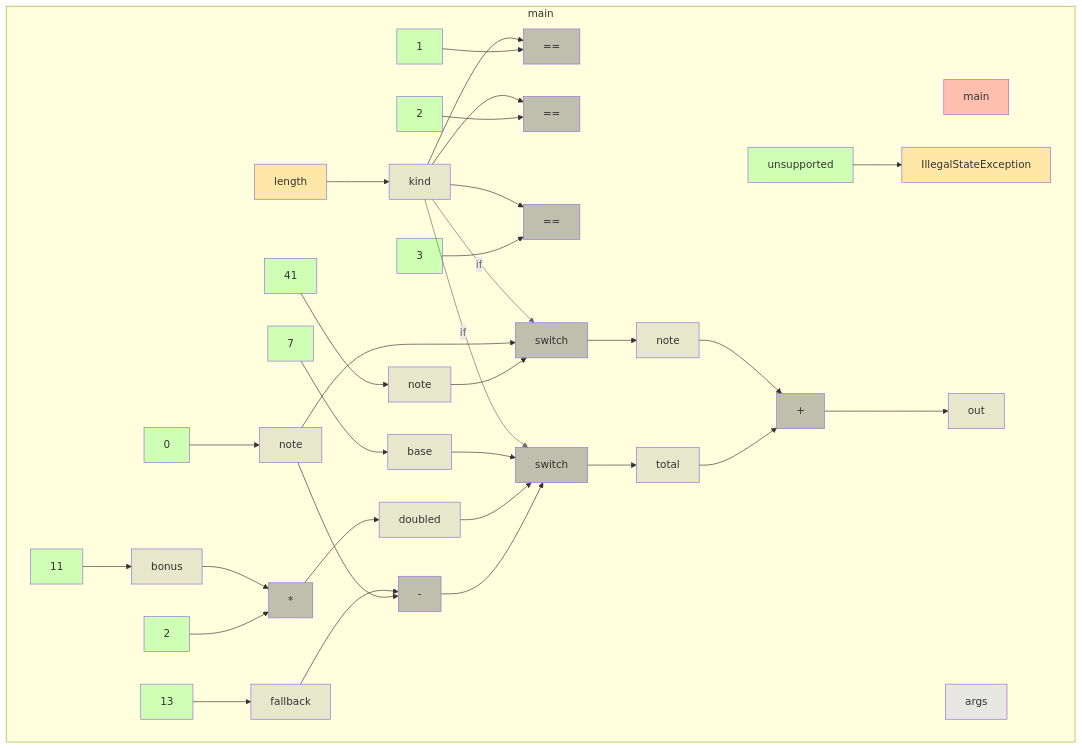
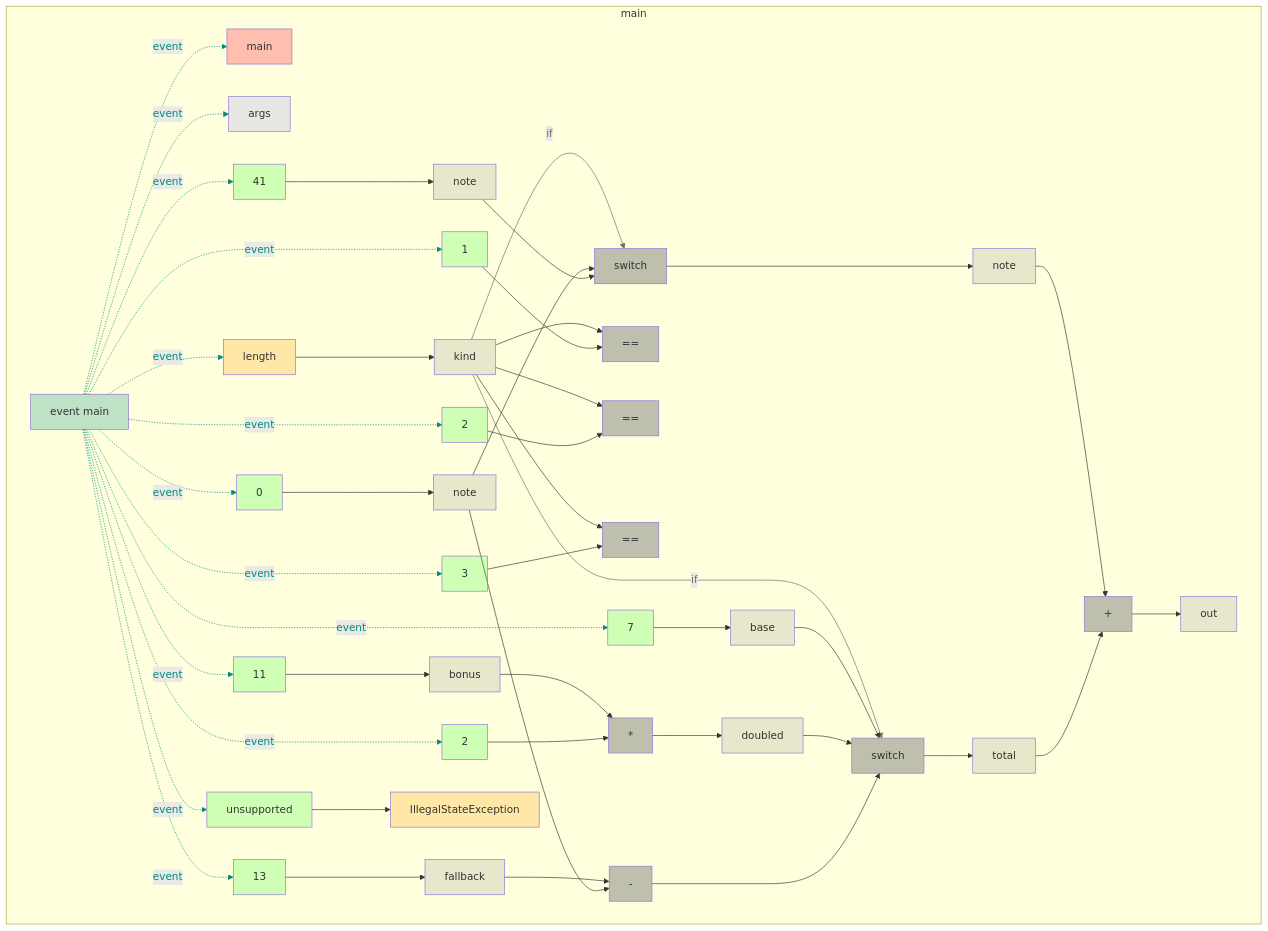
One commit to gstiebler/codeflow changed the diagram in app/src/test/resources/switchExpression/snapshot.md. Above: the diagram before and after it, drawn with Mermaid. The commit also changed 77 other files, not shown here.

````diff
--- a/app/src/test/resources/switchExpression/snapshot.md
+++ b/app/src/test/resources/switchExpression/snapshot.md
@@ -1,71 +1,98 @@
 ```mermaid
 flowchart TD
   subgraph b0["main"]
-    n1[main]:::RETURN
-    n2[args]:::FUNC_PARAM
-    n3[length]:::EXTERNAL
-    n4[kind]:::VARIABLE
-    n5[7]:::LITERAL
-    n6[base]:::VARIABLE
-    n7[11]:::LITERAL
-    n8[bonus]:::VARIABLE
-    n9[13]:::LITERAL
-    n10[fallback]:::VARIABLE
-    n11[0]:::LITERAL
-    n12[note]:::VARIABLE
-    n13[1]:::LITERAL
-    n14[==]:::BIN_OP
-    n15[2]:::LITERAL
-    n16[==]:::BIN_OP
-    n17[41]:::LITERAL
-    n18[note]:::VARIABLE
-    n19[2]:::LITERAL
-    n20[*]:::BIN_OP
-    n21[doubled]:::VARIABLE
-    n22[3]:::LITERAL
-    n23[==]:::BIN_OP
-    n24[-]:::BIN_OP
-    n25["unsupported"]:::LITERAL
-    n26[IllegalStateException]:::EXTERNAL
-    n27[switch]:::BIN_OP
-    n28[note]:::VARIABLE
-    n29[switch]:::BIN_OP
-    n30[total]:::VARIABLE
-    n31[+]:::BIN_OP
-    n32[out]:::VARIABLE
-    n3[length]:::EXTERNAL --> n4[kind]:::VARIABLE
-    n4[kind]:::VARIABLE --> n14[==]:::BIN_OP
-    n4[kind]:::VARIABLE --> n16[==]:::BIN_OP
-    n4[kind]:::VARIABLE --> n23[==]:::BIN_OP
-    n4[kind]:::VARIABLE -->|if| n27[switch]:::BIN_OP
-    n4[kind]:::VARIABLE -->|if| n29[switch]:::BIN_OP
-    n5[7]:::LITERAL --> n6[base]:::VARIABLE
-    n6[base]:::VARIABLE --> n29[switch]:::BIN_OP
-    n7[11]:::LITERAL --> n8[bonus]:::VARIABLE
-    n8[bonus]:::VARIABLE --> n20[*]:::BIN_OP
-    n9[13]:::LITERAL --> n10[fallback]:::VARIABLE
-    n10[fallback]:::VARIABLE --> n24[-]:::BIN_OP
-    n11[0]:::LITERAL --> n12[note]:::VARIABLE
-    n12[note]:::VARIABLE --> n24[-]:::BIN_OP
-    n12[note]:::VARIABLE --> n27[switch]:::BIN_OP
-    n13[1]:::LITERAL --> n14[==]:::BIN_OP
-    n15[2]:::LITERAL --> n16[==]:::BIN_OP
-    n17[41]:::LITERAL --> n18[note]:::VARIABLE
-    n18[note]:::VARIABLE --> n27[switch]:::BIN_OP
-    n19[2]:::LITERAL --> n20[*]:::BIN_OP
-    n20[*]:::BIN_OP --> n21[doubled]:::VARIABLE
-    n21[doubled]:::VARIABLE --> n29[switch]:::BIN_OP
-    n22[3]:::LITERAL --> n23[==]:::BIN_OP
-    n24[-]:::BIN_OP --> n29[switch]:::BIN_OP
-    n25["unsupported"]:::LITERAL --> n26[IllegalStateException]:::EXTERNAL
-    n27[switch]:::BIN_OP --> n28[note]:::VARIABLE
-    n28[note]:::VARIABLE --> n31[+]:::BIN_OP
-    n29[switch]:::BIN_OP --> n30[total]:::VARIABLE
-    n30[total]:::VARIABLE --> n31[+]:::BIN_OP
-    n31[+]:::BIN_OP --> n32[out]:::VARIABLE
+    n1[event main]:::EVENT
+    n2[main]:::RETURN
+    n3[args]:::FUNC_PARAM
+    n4[length]:::EXTERNAL
+    n5[kind]:::VARIABLE
+    n6[7]:::LITERAL
+    n7[base]:::VARIABLE
+    n8[11]:::LITERAL
+    n9[bonus]:::VARIABLE
+    n10[13]:::LITERAL
+    n11[fallback]:::VARIABLE
+    n12[0]:::LITERAL
+    n13[note]:::VARIABLE
+    n14[1]:::LITERAL
+    n15[==]:::BIN_OP
+    n16[2]:::LITERAL
+    n17[==]:::BIN_OP
+    n18[41]:::LITERAL
+    n19[note]:::VARIABLE
+    n20[2]:::LITERAL
+    n21[*]:::BIN_OP
+    n22[doubled]:::VARIABLE
+    n23[3]:::LITERAL
+    n24[==]:::BIN_OP
+    n25[-]:::BIN_OP
+    n26["unsupported"]:::LITERAL
+    n27[IllegalStateException]:::EXTERNAL
+    n28[switch]:::BIN_OP
+    n29[note]:::VARIABLE
+    n30[switch]:::BIN_OP
+    n31[total]:::VARIABLE
+    n32[+]:::BIN_OP
+    n33[out]:::VARIABLE
+    n1[event main]:::EVENT -. event .-> n2[main]:::RETURN
+    n1[event main]:::EVENT -. event .-> n3[args]:::FUNC_PARAM
+    n1[event main]:::EVENT -. event .-> n4[length]:::EXTERNAL
+    n1[event main]:::EVENT -. event .-> n6[7]:::LITERAL
+    n1[event main]:::EVENT -. event .-> n8[11]:::LITERAL
+    n1[event main]:::EVENT -. event .-> n10[13]:::LITERAL
+    n1[event main]:::EVENT -. event .-> n12[0]:::LITERAL
+    n1[event main]:::EVENT -. event .-> n14[1]:::LITERAL
+    n1[event main]:::EVENT -. event .-> n16[2]:::LITERAL
+    n1[event main]:::EVENT -. event .-> n18[41]:::LITERAL
+    n1[event main]:::EVENT -. event .-> n20[2]:::LITERAL
+    n1[event main]:::EVENT -. event .-> n23[3]:::LITERAL
+    n1[event main]:::EVENT -. event .-> n26["unsupported"]:::LITERAL
+    n4[length]:::EXTERNAL --> n5[kind]:::VARIABLE
+    n5[kind]:::VARIABLE --> n15[==]:::BIN_OP
+    n5[kind]:::VARIABLE --> n17[==]:::BIN_OP
+    n5[kind]:::VARIABLE --> n24[==]:::BIN_OP
+    n5[kind]:::VARIABLE -->|if| n28[switch]:::BIN_OP
+    n5[kind]:::VARIABLE -->|if| n30[switch]:::BIN_OP
+    n6[7]:::LITERAL --> n7[base]:::VARIABLE
+    n7[base]:::VARIABLE --> n30[switch]:::BIN_OP
+    n8[11]:::LITERAL --> n9[bonus]:::VARIABLE
+    n9[bonus]:::VARIABLE --> n21[*]:::BIN_OP
+    n10[13]:::LITERAL --> n11[fallback]:::VARIABLE
+    n11[fallback]:::VARIABLE --> n25[-]:::BIN_OP
+    n12[0]:::LITERAL --> n13[note]:::VARIABLE
+    n13[note]:::VARIABLE --> n25[-]:::BIN_OP
+    n13[note]:::VARIABLE --> n28[switch]:::BIN_OP
+    n14[1]:::LITERAL --> n15[==]:::BIN_OP
+    n16[2]:::LITERAL --> n17[==]:::BIN_OP
+    n18[41]:::LITERAL --> n19[note]:::VARIABLE
+    n19[note]:::VARIABLE --> n28[switch]:::BIN_OP
+    n20[2]:::LITERAL --> n21[*]:::BIN_OP
+    n21[*]:::BIN_OP --> n22[doubled]:::VARIABLE
+    n22[doubled]:::VARIABLE --> n30[switch]:::BIN_OP
+    n23[3]:::LITERAL --> n24[==]:::BIN_OP
+    n25[-]:::BIN_OP --> n30[switch]:::BIN_OP
+    n26["unsupported"]:::LITERAL --> n27[IllegalStateException]:::EXTERNAL
+    n28[switch]:::BIN_OP --> n29[note]:::VARIABLE
+    n29[note]:::VARIABLE --> n32[+]:::BIN_OP
+    n30[switch]:::BIN_OP --> n31[total]:::VARIABLE
+    n31[total]:::VARIABLE --> n32[+]:::BIN_OP
+    n32[+]:::BIN_OP --> n33[out]:::VARIABLE
   end
-  linkStyle 4 stroke:#6a6a6a,color:#6a6a6a
-  linkStyle 5 stroke:#6a6a6a,color:#6a6a6a
+  linkStyle 0 stroke:#00897b,color:#00897b
+  linkStyle 1 stroke:#00897b,color:#00897b
+  linkStyle 2 stroke:#00897b,color:#00897b
+  linkStyle 3 stroke:#00897b,color:#00897b
+  linkStyle 4 stroke:#00897b,color:#00897b
+  linkStyle 5 stroke:#00897b,color:#00897b
+  linkStyle 6 stroke:#00897b,color:#00897b
+  linkStyle 7 stroke:#00897b,color:#00897b
+  linkStyle 8 stroke:#00897b,color:#00897b
+  linkStyle 9 stroke:#00897b,color:#00897b
+  linkStyle 10 stroke:#00897b,color:#00897b
+  linkStyle 11 stroke:#00897b,color:#00897b
+  linkStyle 12 stroke:#00897b,color:#00897b
+  linkStyle 17 stroke:#6a6a6a,color:#6a6a6a
+  linkStyle 18 stroke:#6a6a6a,color:#6a6a6a
   classDef LITERAL fill:#00FF0030
   classDef VARIABLE fill:#80808030
   classDef BIN_OP fill:#80808080
@@ -73,4 +100,5 @@
   classDef RETURN fill:#FF808080
   classDef EXTERNAL fill:#FFA50040
   classDef UNMODELLED fill:#FF000030,stroke-dasharray: 4 2
+  classDef EVENT fill:#00897B40
 ```
````
